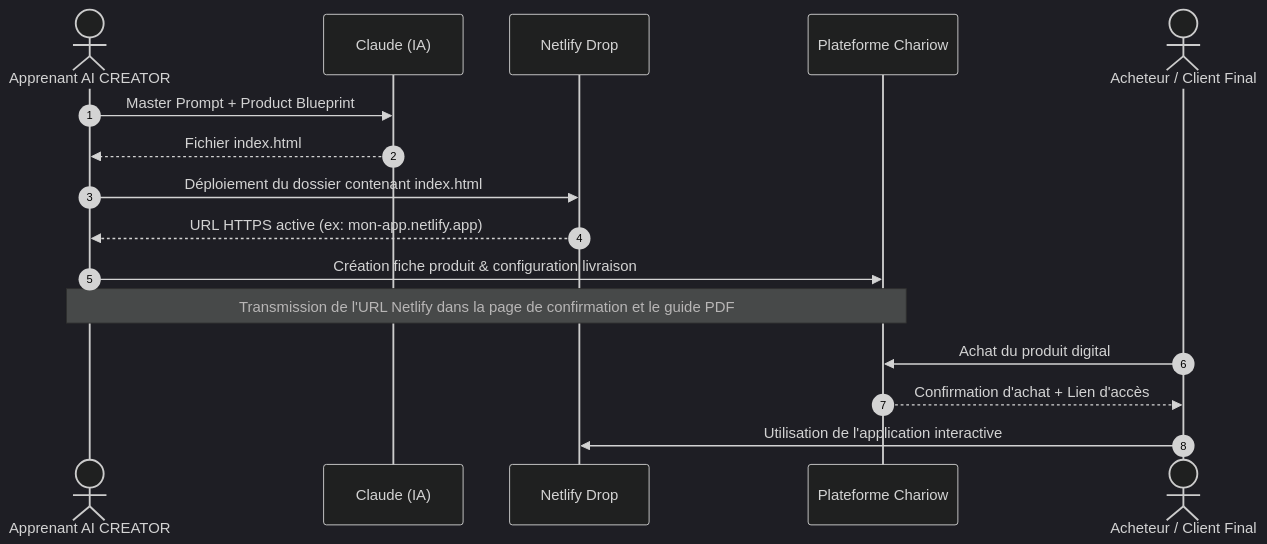
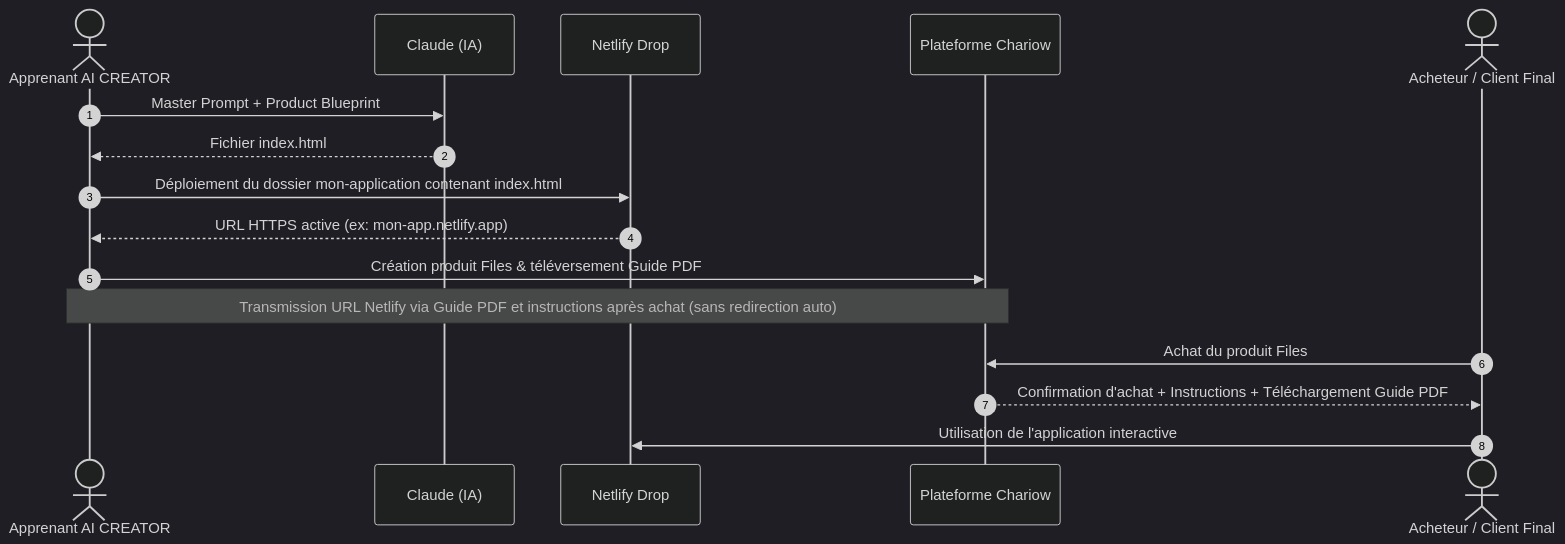
The seventh of 11 diagrams in docs/COURSE_PRD.md (Kreesten-hsh/AI_CREATOR_STUDIO), drawn with Mermaid (dark theme) before and after one commit. The commit also changed other lines of this file and 39 other files, not shown here.

````diff
--- a/docs/COURSE_PRD.md
+++ b/docs/COURSE_PRD.md
@@ -726,19 +736,19 @@
 ```mermaid
 sequenceDiagram
     autonumber
     actor Apprenant as Apprenant AI CREATOR
     participant Claude as Claude (IA)
     participant Netlify as Netlify Drop
     participant Chariow as Plateforme Chariow
     actor ClientFinal as Acheteur / Client Final
 
     Apprenant->>Claude: Master Prompt + Product Blueprint
     Claude-->>Apprenant: Fichier index.html
-    Apprenant->>Netlify: Déploiement du dossier contenant index.html
+    Apprenant->>Netlify: Déploiement du dossier mon-application contenant index.html
     Netlify-->>Apprenant: URL HTTPS active (ex: mon-app.netlify.app)
-    Apprenant->>Chariow: Création fiche produit & configuration livraison
-    Note over Apprenant,Chariow: Transmission de l'URL Netlify dans la page de confirmation et le guide PDF
-    ClientFinal->>Chariow: Achat du produit digital
-    Chariow-->>ClientFinal: Confirmation d'achat + Lien d'accès
+    Apprenant->>Chariow: Création produit Files & téléversement Guide PDF
+    Note over Apprenant,Chariow: Transmission URL Netlify via Guide PDF et instructions après achat (sans redirection auto)
+    ClientFinal->>Chariow: Achat du produit Files
+    Chariow-->>ClientFinal: Confirmation d'achat + Instructions + Téléchargement Guide PDF
     ClientFinal->>Netlify: Utilisation de l'application interactive
 ```
````
